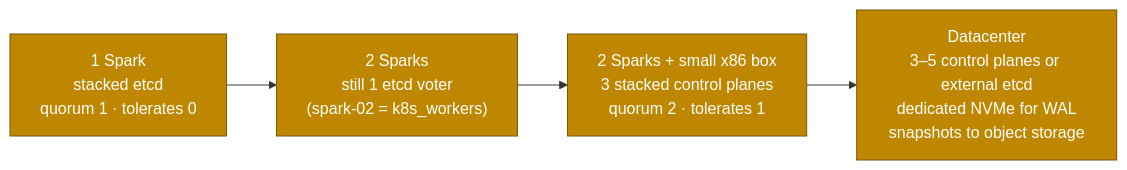
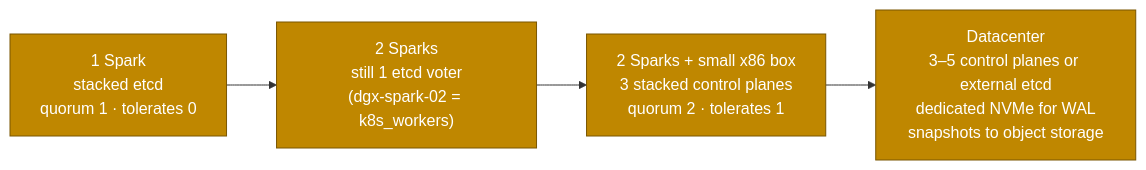
Before and after one commit to cloudone365/technical-depth: the third of 3 diagrams in 02 Kubernetes/03-etcd-database-deep-dive.md, drawn with Mermaid. The commit also changed other lines of this file and 88 other files, not shown here.

First line of the commit message:
Rename the Spark hosts to dgx-spark-01 / dgx-spark-02

````diff
--- a/02 Kubernetes/03-etcd-database-deep-dive.md
+++ b/02 Kubernetes/03-etcd-database-deep-dive.md
@@ -439,8 +439,8 @@
 ```mermaid
 flowchart LR
-  A["1 Spark<br/>stacked etcd<br/>quorum 1 · tolerates 0"] --> B["2 Sparks<br/>still 1 etcd voter<br/>(spark-02 = k8s_workers)"]
+  A["1 Spark<br/>stacked etcd<br/>quorum 1 · tolerates 0"] --> B["2 Sparks<br/>still 1 etcd voter<br/>(dgx-spark-02 = k8s_workers)"]
   B --> C["2 Sparks + small x86 box<br/>3 stacked control planes<br/>quorum 2 · tolerates 1"]
   C --> D["Datacenter<br/>3–5 control planes or external etcd<br/>dedicated NVMe for WAL<br/>snapshots to object storage"]
   classDef store fill:#bf8700,stroke:#7a5600,color:#fff
   class A,B,C,D store
 ```
````
